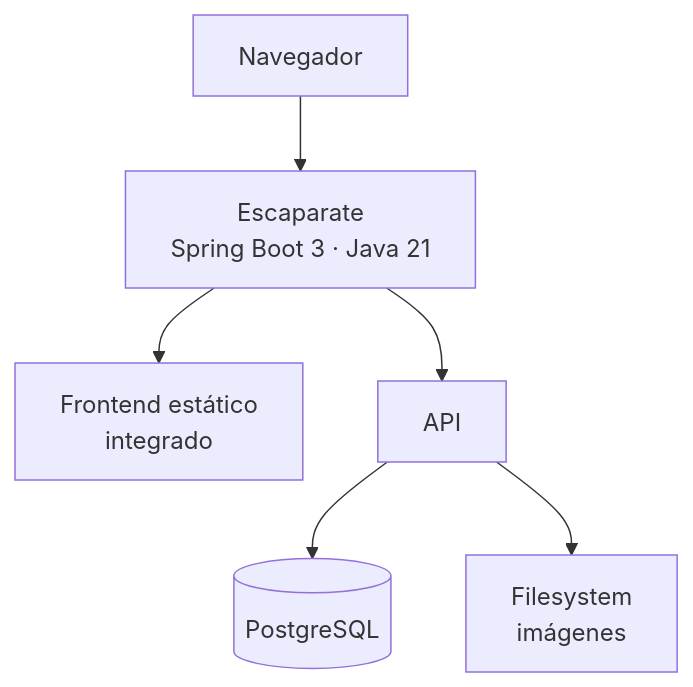
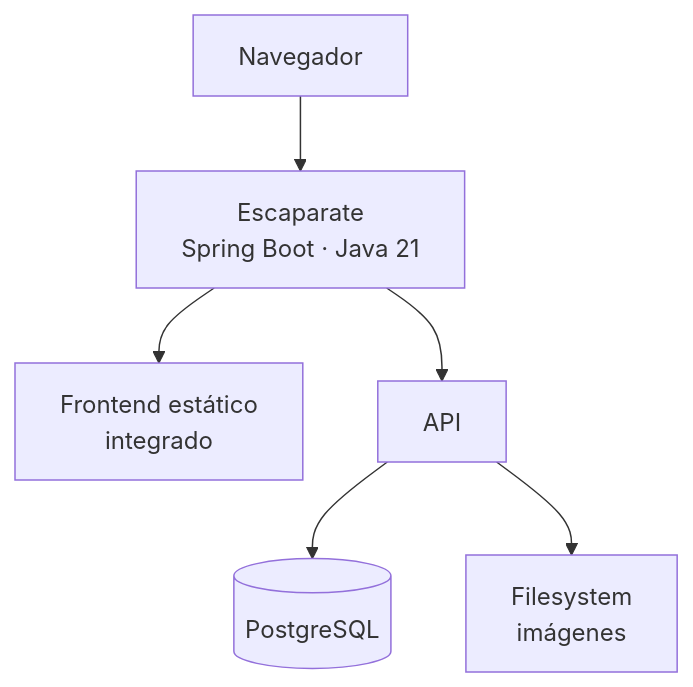
The seventh of 8 diagrams in docs/tema1/arquitecturas-despliegue.md (alejandroroig/despliegue-daw), drawn with Mermaid before and after one commit. The commit also changed other lines of this file and 14 other files, not shown here.

````diff
--- a/docs/tema1/arquitecturas-despliegue.md
+++ b/docs/tema1/arquitecturas-despliegue.md
@@ -293,8 +277,8 @@
 ```mermaid
 flowchart TB
-    N["Navegador"] --> A["Escaparate<br/>Spring Boot 3 · Java 21"]
+    N["Navegador"] --> A["Escaparate<br/>Spring Boot · Java 21"]
     A --> F["Frontend estático<br/>integrado"]
     A --> API["API"]
     API --> D[("PostgreSQL")]
     API --> I["Filesystem<br/>imágenes"]
 ```
````
